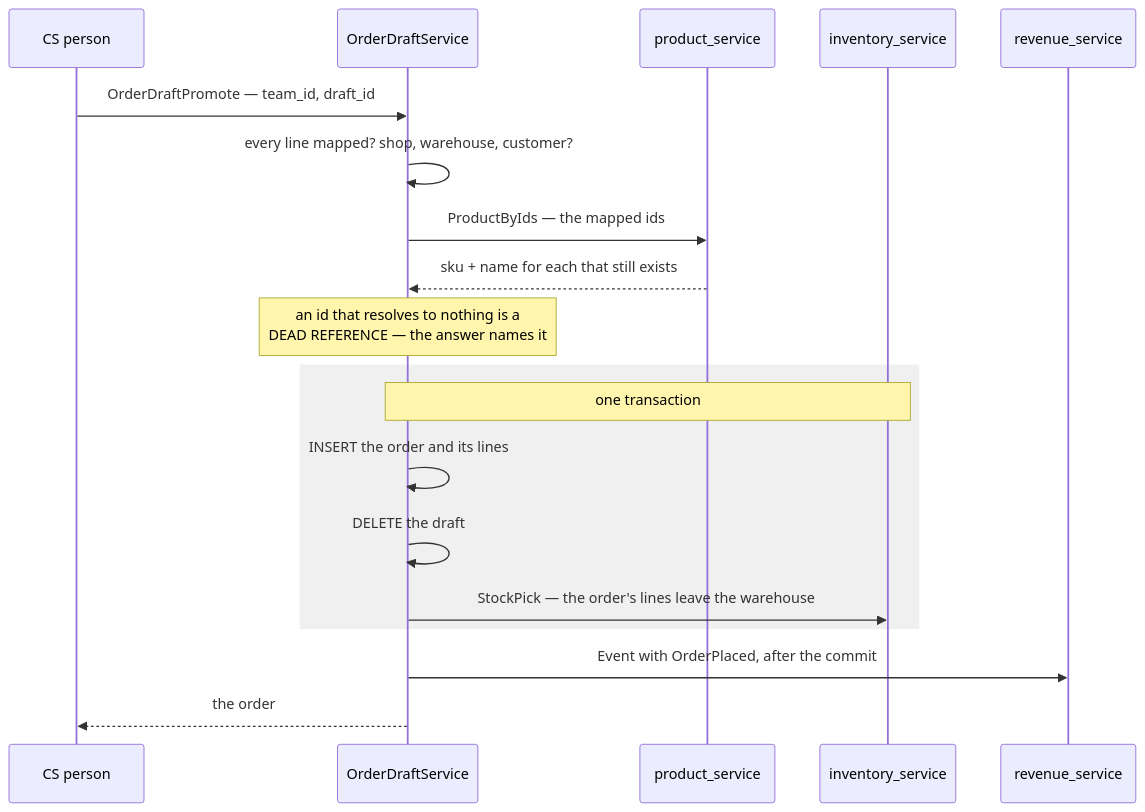
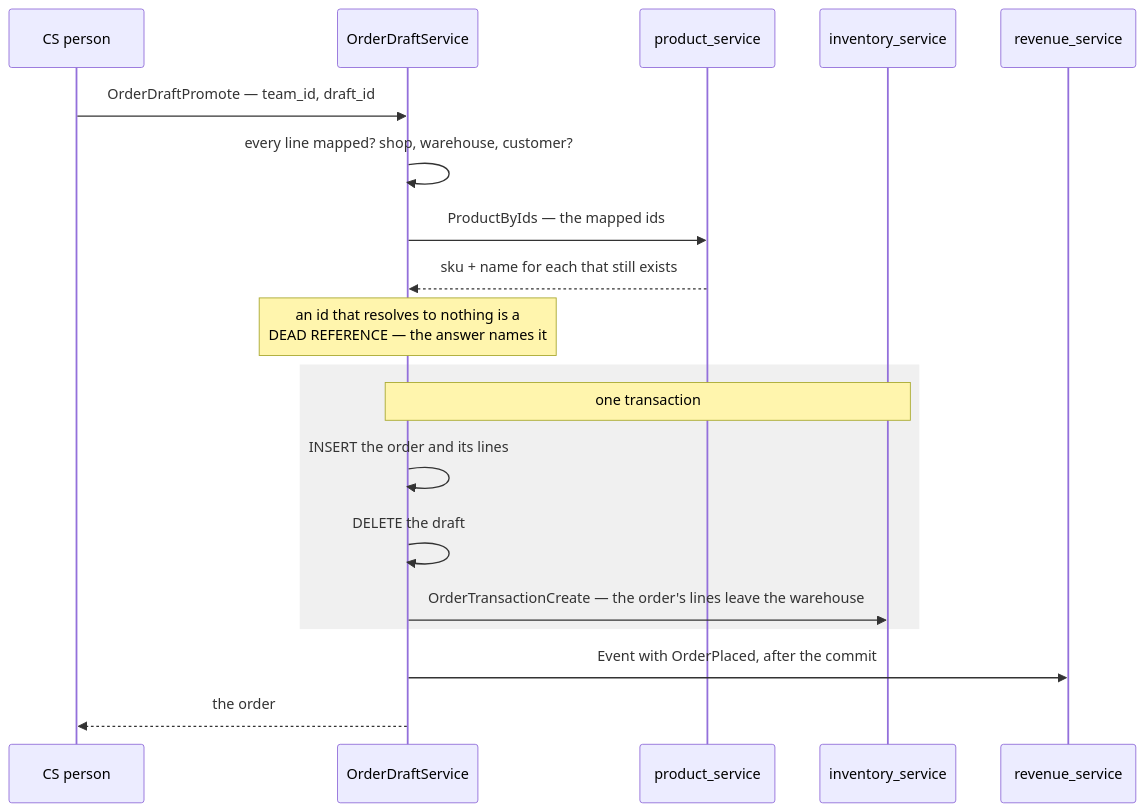
Before and after one commit to pdcgo/warehouse_revamp: the sixth of 9 diagrams in docs/services/selling_service/rpc.md, drawn with Mermaid. The commit also changed other lines of this file and 313 other files, not shown here.

````diff
--- a/docs/services/selling_service/rpc.md
+++ b/docs/services/selling_service/rpc.md
@@ -374,22 +364,22 @@
 ```mermaid
 sequenceDiagram
     participant CS as CS person
     participant D as OrderDraftService
     participant P as product_service
     participant I as inventory_service
     participant R as revenue_service
 
     CS->>D: OrderDraftPromote — team_id, draft_id
     D->>D: every line mapped? shop, warehouse, customer?
     D->>P: ProductByIds — the mapped ids
     P-->>D: sku + name for each that still exists
     Note over D: an id that resolves to nothing is a<br/>DEAD REFERENCE — the answer names it
     rect rgb(240, 240, 240)
         Note over D,I: one transaction
         D->>D: INSERT the order and its lines
         D->>D: DELETE the draft
-        D->>I: StockPick — the order's lines leave the warehouse
+        D->>I: OrderTransactionCreate — the order's lines leave the warehouse
     end
     D->>R: Event with OrderPlaced, after the commit
     D-->>CS: the order
 ```
````
